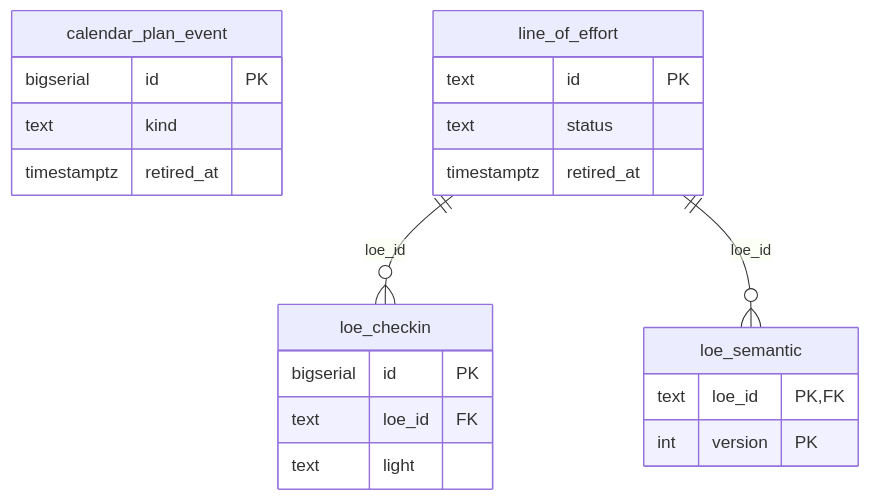
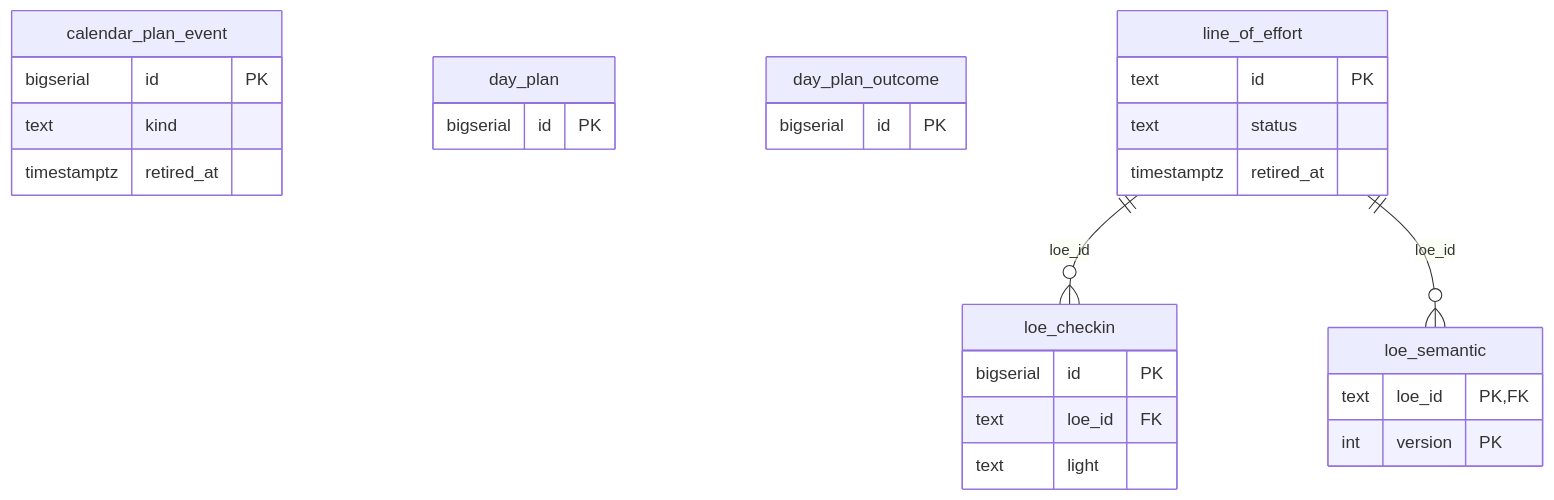
One commit to codyandrson/central-command changed the ninth of 11 diagrams in docs/diagrams/data-model.md. Above: the diagram before and after it, drawn with Mermaid. The commit also changed other lines of this file and 29 other files, not shown here.

First line of the commit message:
v2.100.0: the day's plan is stored when it is approved, and the evening contact reviews the day against it

````diff
--- a/docs/diagrams/data-model.md
+++ b/docs/diagrams/data-model.md
@@ -238,24 +238,30 @@
 ```mermaid
 erDiagram
     calendar_plan_event {
         bigserial id PK
         text kind
         timestamptz retired_at
+    }
+    day_plan {
+        bigserial id PK
+    }
+    day_plan_outcome {
+        bigserial id PK
     }
     line_of_effort {
         text id PK
         text status
         timestamptz retired_at
     }
     loe_checkin {
         bigserial id PK
         text loe_id FK
         text light
     }
     loe_semantic {
         text loe_id PK, FK
         int version PK
     }
     line_of_effort ||--o{ loe_checkin : "loe_id"
     line_of_effort ||--o{ loe_semantic : "loe_id"
 ```
````
